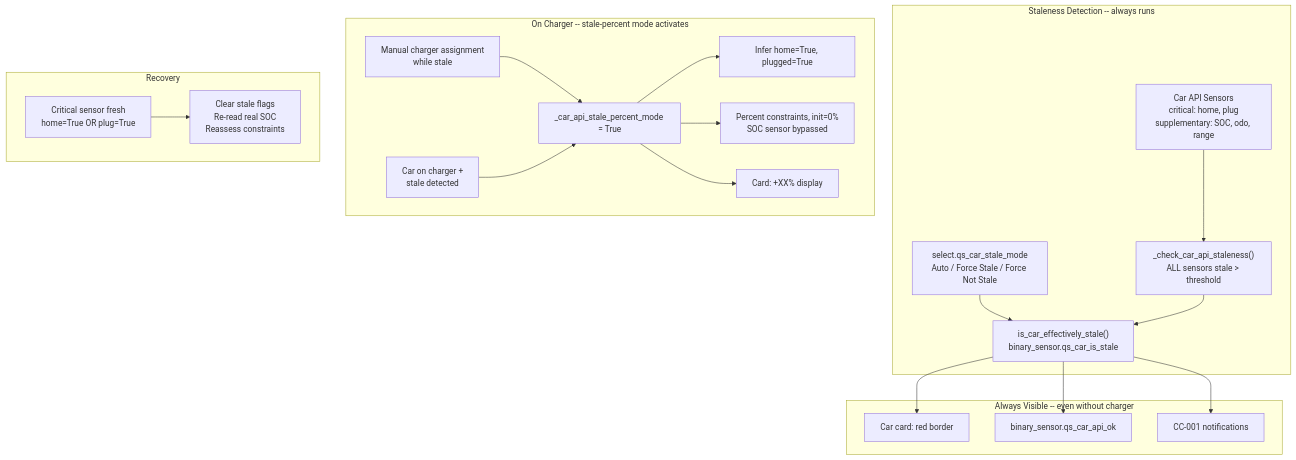
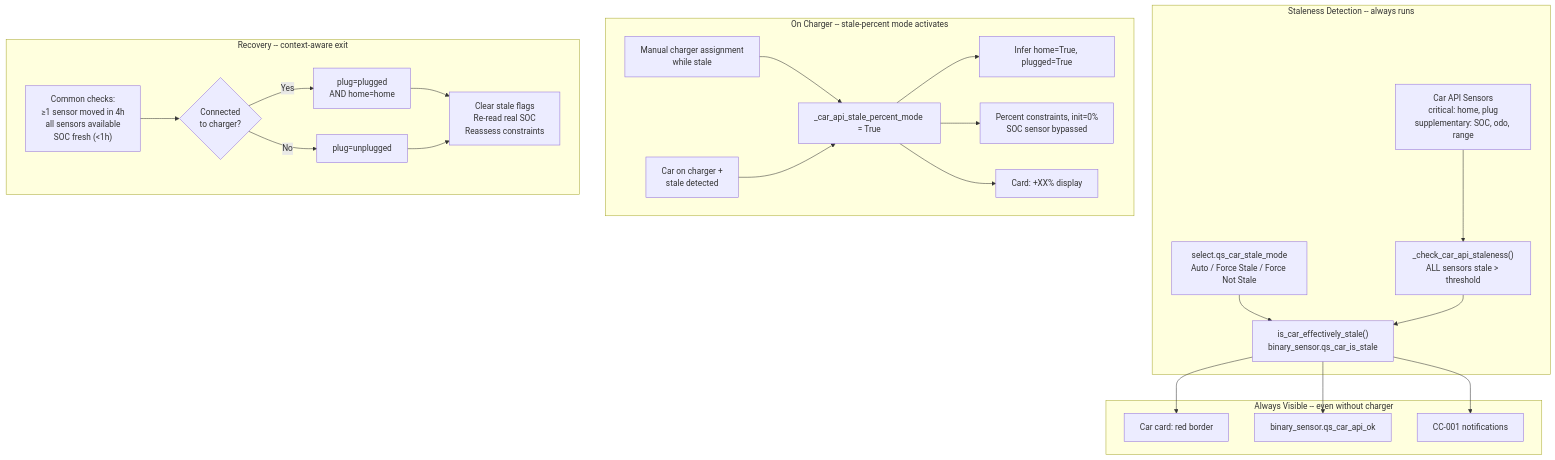
The diagram in _bmad-output/implementation-artifacts/3-9-Github-#82-car-ev-vendor-api-resilience.md (tmenguy/quiet-solar), drawn with Mermaid before and after one commit. The commit also changed other lines of this file, not shown here.

First line of the commit message:
story: update 3.9 doc with context-aware exit redesign and review fixes

````diff
--- a/_bmad-output/implementation-artifacts/3-9-Github-#82-car-ev-vendor-api-resilience.md
+++ b/_bmad-output/implementation-artifacts/3-9-Github-#82-car-ev-vendor-api-resilience.md
@@ -45,23 +45,27 @@
 ```mermaid
 flowchart TD
     subgraph detection [Staleness Detection -- always runs]
         SensorProbes["Car API Sensors\ncritical: home, plug\nsupplementary: SOC, odo, range"] --> StaleCheck["_check_car_api_staleness()\nALL sensors stale > threshold"]
         StaleSelect["select.qs_car_stale_mode\nAuto / Force Stale / Force Not Stale"] --> EffectiveStale
         StaleCheck --> EffectiveStale["is_car_effectively_stale()\nbinary_sensor.qs_car_is_stale"]
     end
     subgraph alwaysVisible [Always Visible -- even without charger]
         EffectiveStale --> CardBorder["Car card: red border"]
         EffectiveStale --> ApiOk["binary_sensor.qs_car_api_ok"]
         EffectiveStale --> Notify["CC-001 notifications"]
     end
     subgraph chargerContext [On Charger -- stale-percent mode activates]
         ManualAssign["Manual charger assignment\nwhile stale"] --> Activate["_car_api_stale_percent_mode = True"]
         AlreadyCharging["Car on charger +\nstale detected"] --> Activate
         Activate --> InferState["Infer home=True, plugged=True"]
         Activate --> KeepPercent["Percent constraints, init=0%\nSOC sensor bypassed"]
         Activate --> PlusDisplay["Card: +XX% display"]
     end
-    subgraph recovery [Recovery]
-        FreshCritical["Critical sensor fresh\nhome=True OR plug=True"] --> ExitStale["Clear stale flags\nRe-read real SOC\nReassess constraints"]
+    subgraph recovery [Recovery -- context-aware exit]
+        CommonChecks["Common checks:\n≥1 sensor moved in 4h\nall sensors available\nSOC fresh (<1h)"] --> Branch{"Connected\nto charger?"}
+        Branch -->|Yes| Connected["plug=plugged\nAND home=home"]
+        Branch -->|No| NotConnected["plug=unplugged"]
+        Connected --> ExitStale["Clear stale flags\nRe-read real SOC\nReassess constraints"]
+        NotConnected --> ExitStale
     end
 ```
````
